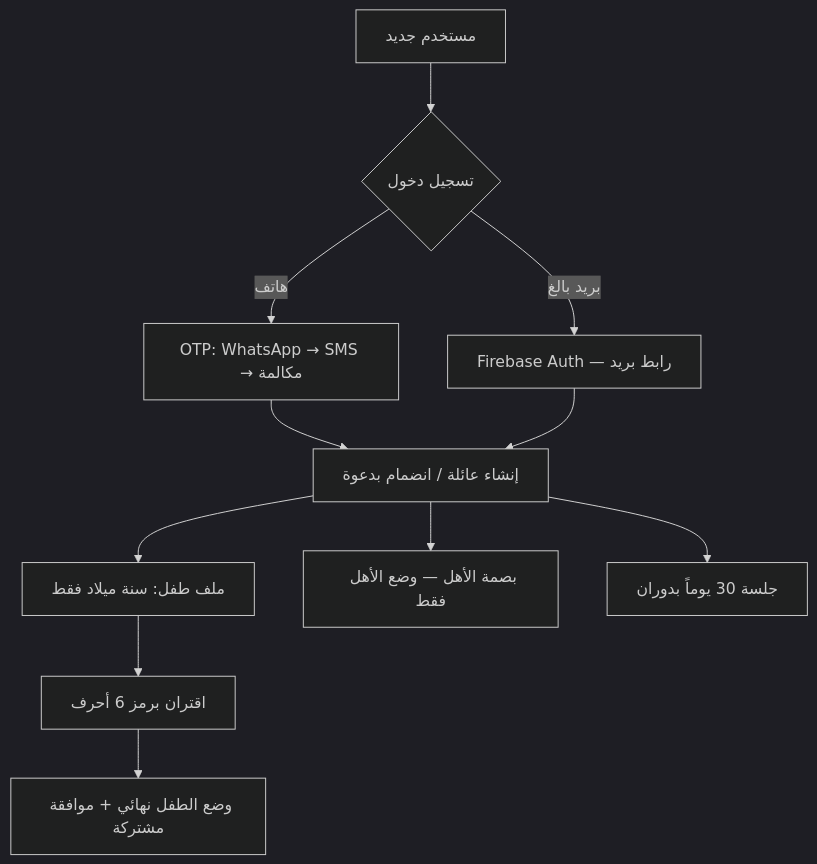
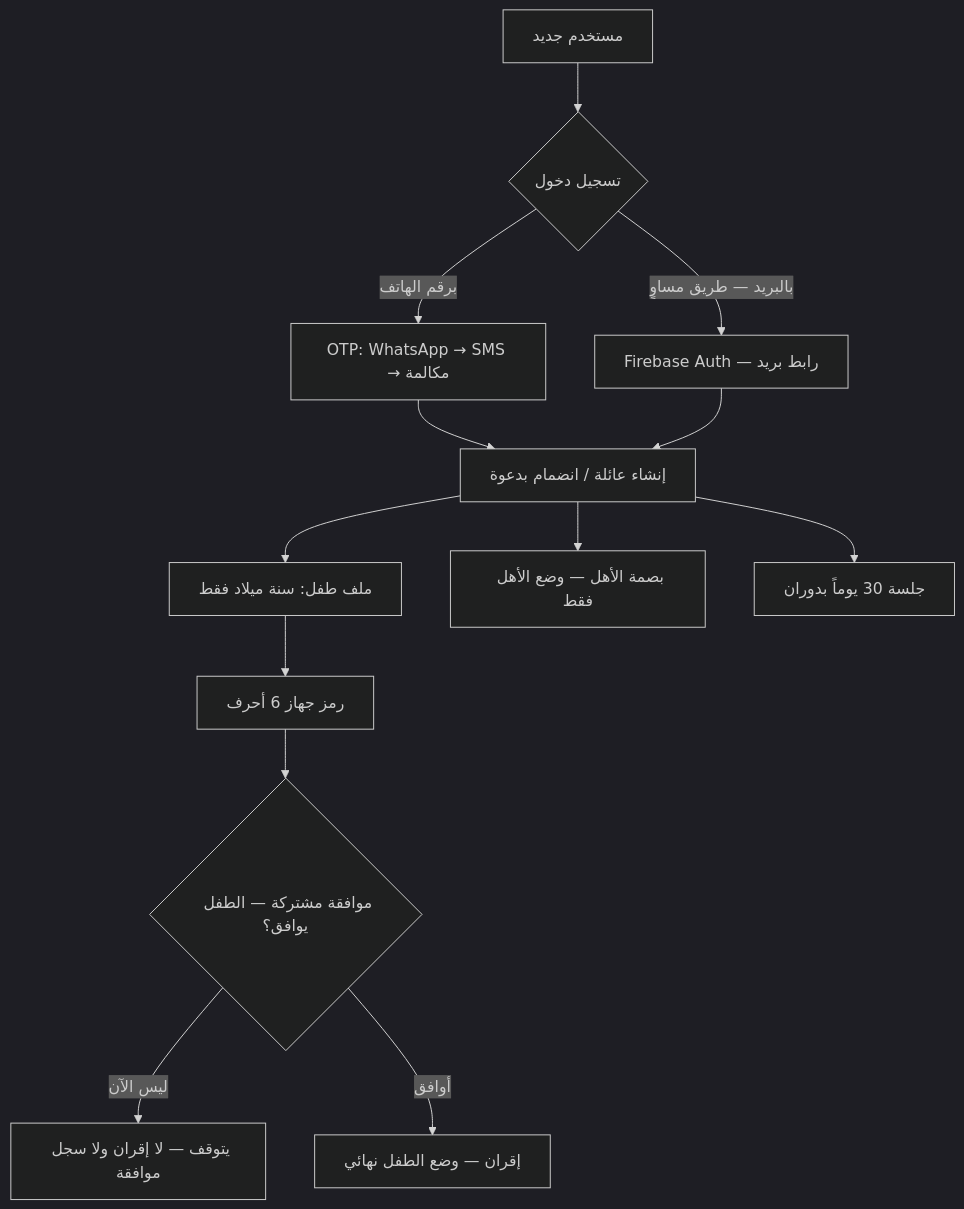
One commit to Bassam-mohammed-alqaeadi/family-os-v2 changed the second of 5 diagrams in docs/family-os/governance/phases/phase-1/S1-02-identity-and-onboarding/SPEC.md. Above: the diagram before and after it, drawn with Mermaid (dark theme). The commit also changed other lines of this file and 13 other files, not shown here.

````diff
--- a/docs/family-os/governance/phases/phase-1/S1-02-identity-and-onboarding/SPEC.md
+++ b/docs/family-os/governance/phases/phase-1/S1-02-identity-and-onboarding/SPEC.md
@@ -199,13 +199,15 @@
 ```mermaid
 flowchart TD
     New[مستخدم جديد] --> Login{تسجيل دخول}
-    Login -->|هاتف| OTP[OTP: WhatsApp → SMS → مكالمة]
-    Login -->|بريد بالغ| Email[Firebase Auth — رابط بريد]
+    Login -->|برقم الهاتف| OTP[OTP: WhatsApp → SMS → مكالمة]
+    Login -->|بالبريد — طريق مساوٍ| Email[Firebase Auth — رابط بريد]
     OTP --> Family[إنشاء عائلة / انضمام بدعوة]
     Email --> Family
     Family --> ChildProf[ملف طفل: سنة ميلاد فقط]
-    ChildProf --> Pair[اقتران برمز 6 أحرف]
-    Pair --> Mode[وضع الطفل نهائي + موافقة مشتركة]
+    ChildProf --> Pair[رمز جهاز 6 أحرف]
+    Pair --> Consent{موافقة مشتركة — الطفل يوافق؟}
+    Consent -->|ليس الآن| Stop[يتوقف — لا إقران ولا سجل موافقة]
+    Consent -->|أوافق| Mode[إقران — وضع الطفل نهائي]
     Family --> Bio[بصمة الأهل — وضع الأهل فقط]
     Family --> Session[جلسة 30 يوماً بدوران]
 ```
````
